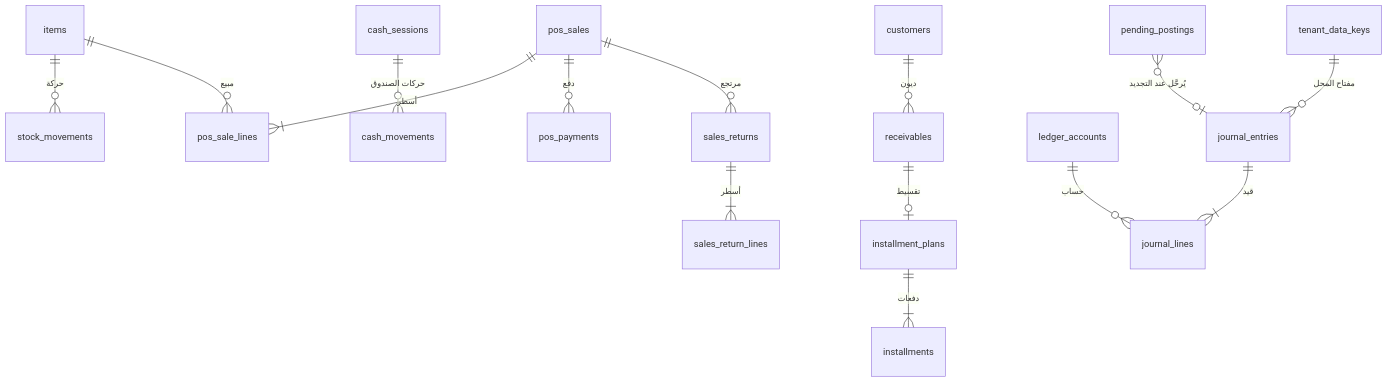
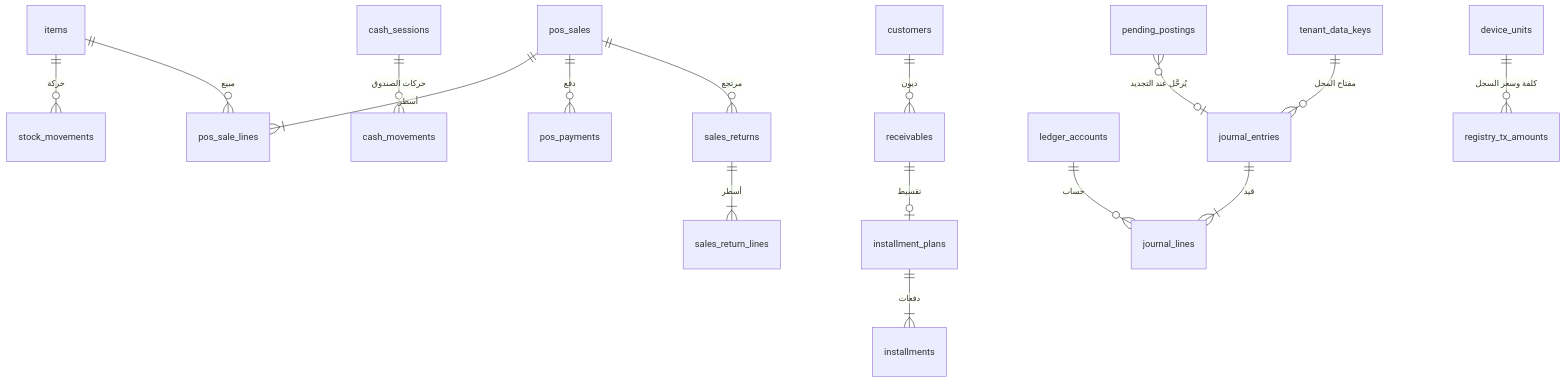
Before and after one commit to servacode/imei: the eighth of 10 diagrams in docs/09-data-model.md, drawn with Mermaid. The commit also changed other lines of this file and 2 other files, not shown here.

````diff
--- a/docs/09-data-model.md
+++ b/docs/09-data-model.md
@@ -257,17 +259,18 @@
 ```mermaid
 erDiagram
     items ||--o{ stock_movements : "حركة"
     items ||--o{ pos_sale_lines : "مبيع"
     pos_sales ||--|{ pos_sale_lines : "أسطر"
     pos_sales ||--o{ pos_payments : "دفع"
     cash_sessions ||--o{ cash_movements : "حركات الصندوق"
     customers ||--o{ receivables : "ديون"
     receivables ||--o| installment_plans : "تقسيط"
     installment_plans ||--|{ installments : "دفعات"
     journal_entries ||--|{ journal_lines : "قيد"
     ledger_accounts ||--o{ journal_lines : "حساب"
     pos_sales ||--o{ sales_returns : "مرتجع"
     sales_returns ||--|{ sales_return_lines : "أسطر"
     pending_postings }o--o| journal_entries : "يُرحَّل عند التجديد"
     tenant_data_keys ||--o{ journal_entries : "مفتاح المحل"
+    device_units ||--o{ registry_tx_amounts : "كلفة وسعر السجل"
 ```
````
